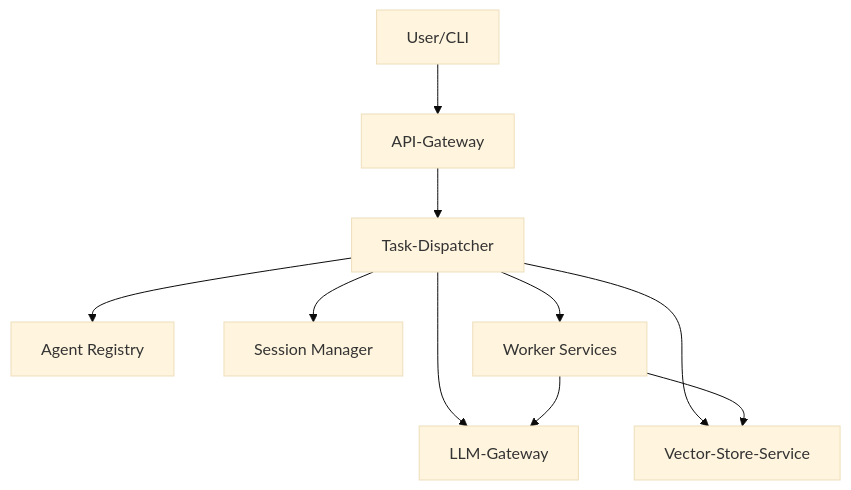
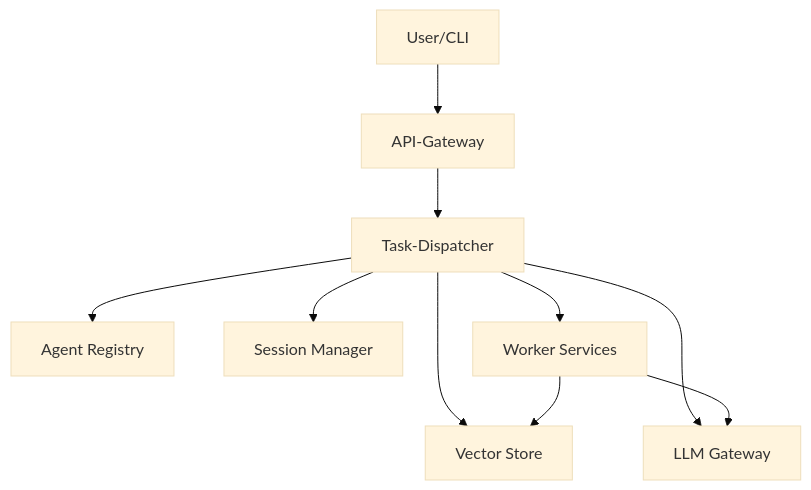
Before and after one commit to Modularium/Agent-NN: the diagram in README.md, drawn with Mermaid (base theme). The commit also changed other lines of this file and 18 other files, not shown here.

````diff
--- a/README.md
+++ b/README.md
@@ -7,12 +7,12 @@
 ```mermaid
 graph TD
-    A[User/CLI] --> B[API-Gateway]
-    B --> C[Task-Dispatcher]
-    C --> D[Agent Registry]
-    C --> E[Session Manager]
-    C --> F[Worker Services]
-    C --> G[Vector-Store-Service]
-    C --> H[LLM-Gateway]
-    F --> H
-    F --> G
+    U[User/CLI] --> G[API-Gateway]
+    G --> D[Task-Dispatcher]
+    D --> R[Agent Registry]
+    D --> S[Session Manager]
+    D --> W[Worker Services]
+    D --> V[Vector Store]
+    D --> L[LLM Gateway]
+    W --> V
+    W --> L
 ```
````
